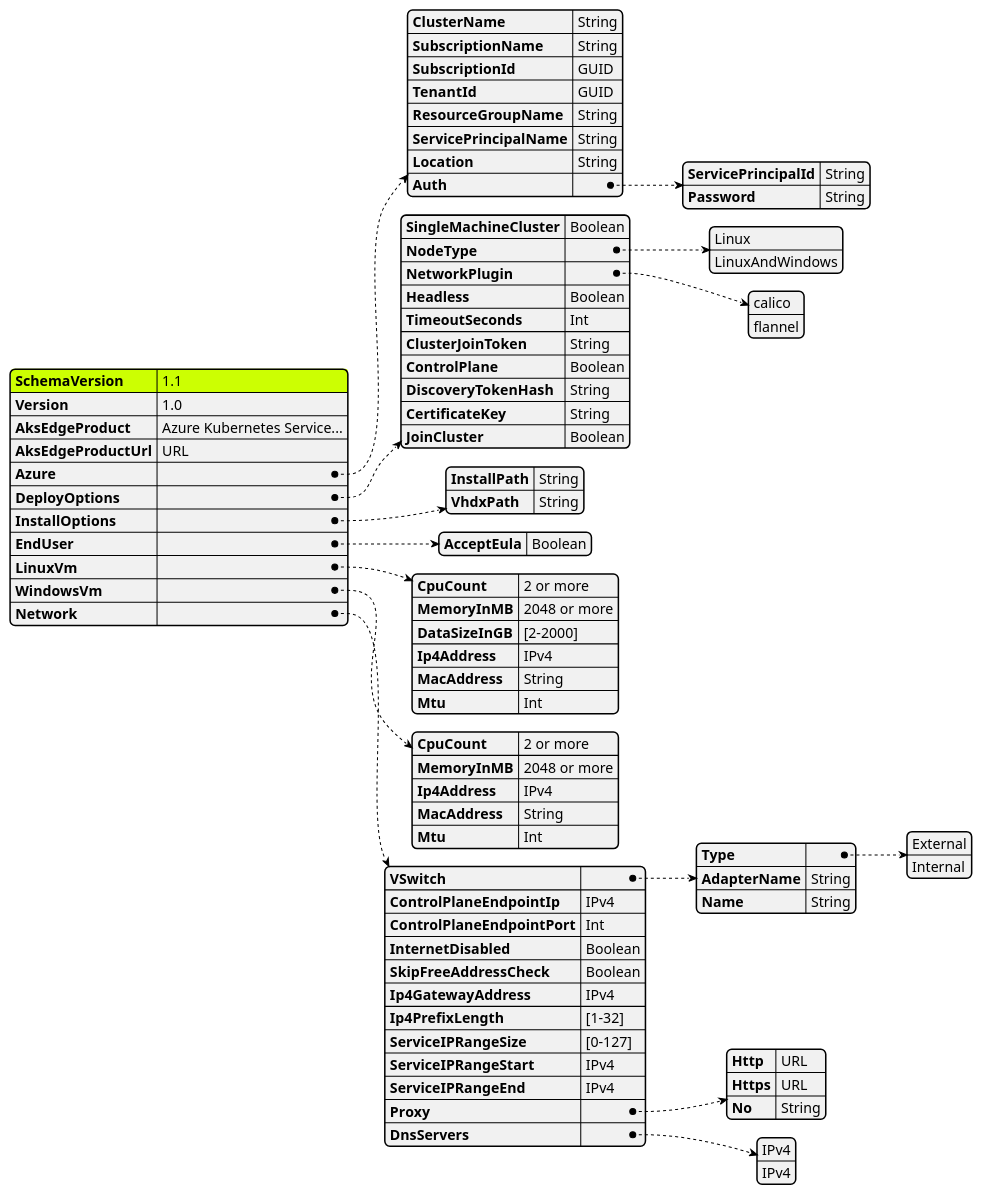
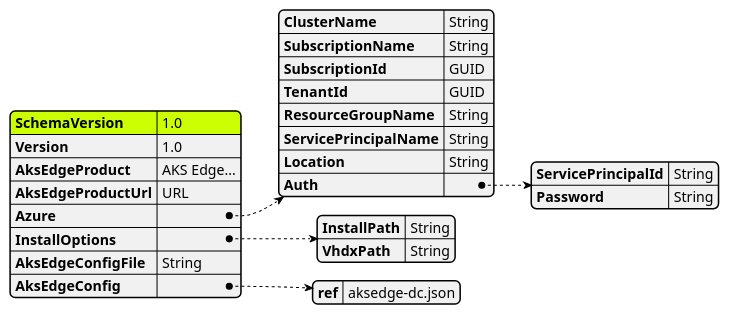
One commit to Azure/AKS-Edge changed the diagram in tools/modules/AksEdgeDeploy/aide-userconfig.puml. Above: the diagram before and after it, drawn with PlantUML. The commit also changed 11 other files, not shown here.

Commit message:
rename and new json config

```diff
--- a/tools/modules/AksEdgeDeploy/aide-userconfig.puml
+++ b/tools/modules/AksEdgeDeploy/aide-userconfig.puml
@@ -1,110 +1,56 @@
 @startjson AksEdgeDeploy
 <style>
 jsonDiagram {
     node {
         FontName Segoe UI SemiBold
         FontColor blue
         FontSize 14
         RoundCorner 10
         LineThickness 1
         separator {
             LineThickness 0.25
             LineColor black
         }
     }
     arrow {
         LineColor blue
         LineThickness 1
         LineStyle 2;5
     }
     highlight {
         BackgroundColor Blue
         FontColor White
     }
 }
 </style>
 #highlight "SchemaVersion"
 {
-    "SchemaVersion":"1.1",
+    "SchemaVersion":"1.0",
     "Version":"1.0",
-    "AksEdgeProduct" : "Azure Kubernetes Service...",
+    "AksEdgeProduct" : "AKS Edge...",
     "AksEdgeProductUrl" : "URL",
     "Azure":{
         "ClusterName":"String",
         "SubscriptionName":"String",
         "SubscriptionId": "GUID",
         "TenantId":"GUID",
         "ResourceGroupName": "String",
         "ServicePrincipalName" : "String",
         "Location" : "String",
         "Auth": {
             "ServicePrincipalId" : "String",
             "Password" : "String"
         }
     }
     ,
-    "DeployOptions":{
-        "SingleMachineCluster":"Boolean",
-        "NodeType" : ["Linux","LinuxAndWindows"],
-        "NetworkPlugin" : ["calico", "flannel"],
-        "Headless":"Boolean",
-        "TimeoutSeconds":"Int",
-        "ClusterJoinToken": "String",
-        "ControlPlane": "Boolean",
-        "DiscoveryTokenHash": "String",
-        "CertificateKey":"String",
-        "JoinCluster": "Boolean"
-    }
-    ,
     "InstallOptions":{
         "InstallPath":"String",
         "VhdxPath":"String"
     }
     ,
-    "EndUser":{
-        "AcceptEula" : "Boolean"
-    }
-    ,
-    "LinuxVm":{
-        "CpuCount" : "2 or more",
-        "MemoryInMB" : "2048 or more",
-        "DataSizeInGB" : "[2-2000]",
-        "Ip4Address": "IPv4",
-        "MacAddress": "String",
-        "Mtu": "Int"
-    }
-    ,
-    "WindowsVm":{
-        "CpuCount" : "2 or more",
-        "MemoryInMB" : "2048 or more",
-        "Ip4Address": "IPv4",
-        "MacAddress": "String",
-        "Mtu": "Int"
-    }
-    ,
-    "Network":{
-        "VSwitch": {
-            "Type" : ["External", "Internal"],
-            "AdapterName": "String",
-            "Name" : "String"
-        }
-        ,
-        "ControlPlaneEndpointIp":"IPv4",
-        "ControlPlaneEndpointPort": "Int",
-        "InternetDisabled" : "Boolean",
-        "SkipFreeAddressCheck" : "Boolean",
-        "Ip4GatewayAddress": "IPv4",
-        "Ip4PrefixLength" : "[1-32]",
-        "ServiceIPRangeSize" : "[0-127]",
-        "ServiceIPRangeStart":"IPv4",
-        "ServiceIPRangeEnd":"IPv4",
-        "Proxy" : {
-            "Http":"URL",
-            "Https":"URL",
-            "No":"String"
-        }
-        ,
-        "DnsServers":["IPv4","IPv4"]
+    "AksEdgeConfigFile":"String",
+    "AksEdgeConfig":{
+        "ref" :"aksedge-dc.json"
     }
 }
 @endjson
```
